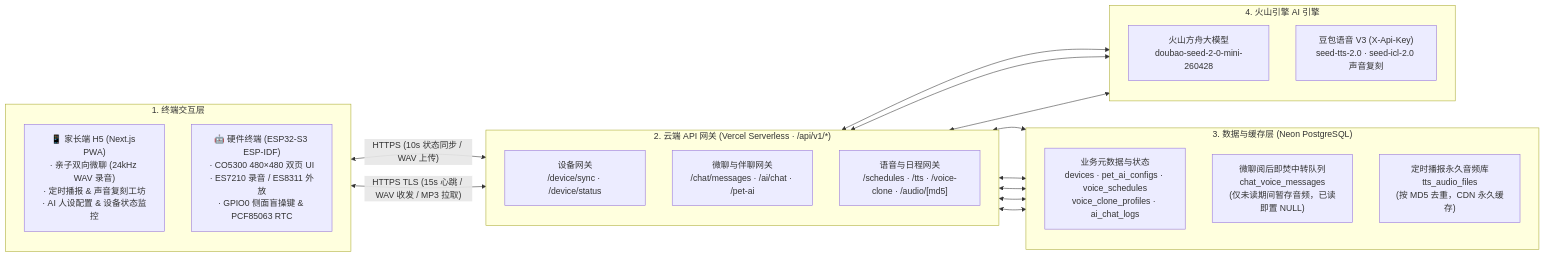
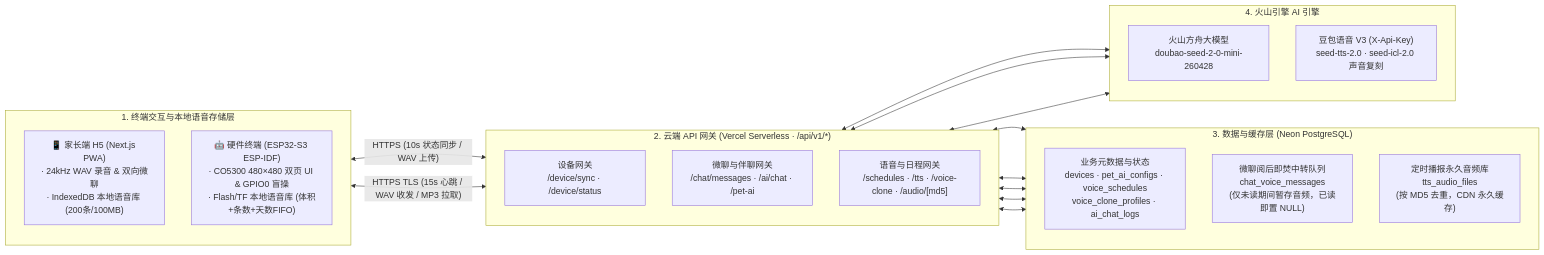
One commit to cola-sk/xiao-ming-tong-xue changed the first of 2 diagrams in README.md. Above: the diagram before and after it, drawn with Mermaid. The commit also changed other lines of this file and 9 other files, not shown here.

Commit message:
feat: add parent IndexedDB audio store and ESP32 triple-quota local chat voice storage

````diff
--- a/README.md
+++ b/README.md
@@ -13,41 +13,41 @@
 ```mermaid
 flowchart LR
-    subgraph Devices["1. 终端交互层"]
+    subgraph Devices["1. 终端交互与本地语音存储层"]
         direction TB
-        H5["📱 家长端 H5 (Next.js PWA)\n· 亲子双向微聊 (24kHz WAV 录音)\n· 定时播报 & 声音复刻工坊\n· AI 人设配置 & 设备状态监控"]
-        ESP["🤖 硬件终端 (ESP32-S3 ESP-IDF)\n· CO5300 480×480 双页 UI\n· ES7210 录音 / ES8311 外放\n· GPIO0 侧面盲操键 & PCF85063 RTC"]
+        H5["📱 家长端 H5 (Next.js PWA)\n· 24kHz WAV 录音 & 双向微聊\n· IndexedDB 本地语音库 (200条/100MB)"]
+        ESP["🤖 硬件终端 (ESP32-S3 ESP-IDF)\n· CO5300 480×480 双页 UI & GPIO0 盲操\n· Flash/TF 本地语音库 (体积+条数+天数FIFO)"]
     end
 
     subgraph Gateway["2. 云端 API 网关 (Vercel Serverless · /api/v1/*)"]
         direction TB
         GW_Dev["设备网关\n/device/sync · /device/status"]
         GW_Chat["微聊与伴聊网关\n/chat/messages · /ai/chat · /pet-ai"]
         GW_Audio["语音与日程网关\n/schedules · /tts · /voice-clone · /audio/[md5]"]
     end
 
     subgraph Storage["3. 数据与缓存层 (Neon PostgreSQL)"]
         direction TB
         DB_Meta["业务元数据与状态\ndevices · pet_ai_configs · voice_schedules\nvoice_clone_profiles · ai_chat_logs"]
         DB_Chat["微聊阅后即焚中转队列\nchat_voice_messages\n(仅未读期间暂存音频，已读即置 NULL)"]
         DB_Audio["定时播报永久音频库\ntts_audio_files\n(按 MD5 去重，CDN 永久缓存)"]
     end
 
     subgraph AI["4. 火山引擎 AI 引擎"]
         direction TB
         Ark["火山方舟大模型\ndoubao-seed-2-0-mini-260428"]
         Speech["豆包语音 V3 (X-Api-Key)\nseed-tts-2.0 · seed-icl-2.0 声音复刻"]
     end
 
     H5 <-->|"HTTPS (10s 状态同步 / WAV 上传)"| Gateway
     ESP <-->|"HTTPS TLS (15s 心跳 / WAV 收发 / MP3 拉取)"| Gateway
 
     GW_Dev <--> DB_Meta
     GW_Chat <--> DB_Chat
     GW_Chat <--> DB_Meta
     GW_Audio <--> DB_Audio
     GW_Audio <--> DB_Meta
 
     GW_Chat <--> Ark
     GW_Chat <--> Speech
     GW_Audio <--> Speech
 ```
````
